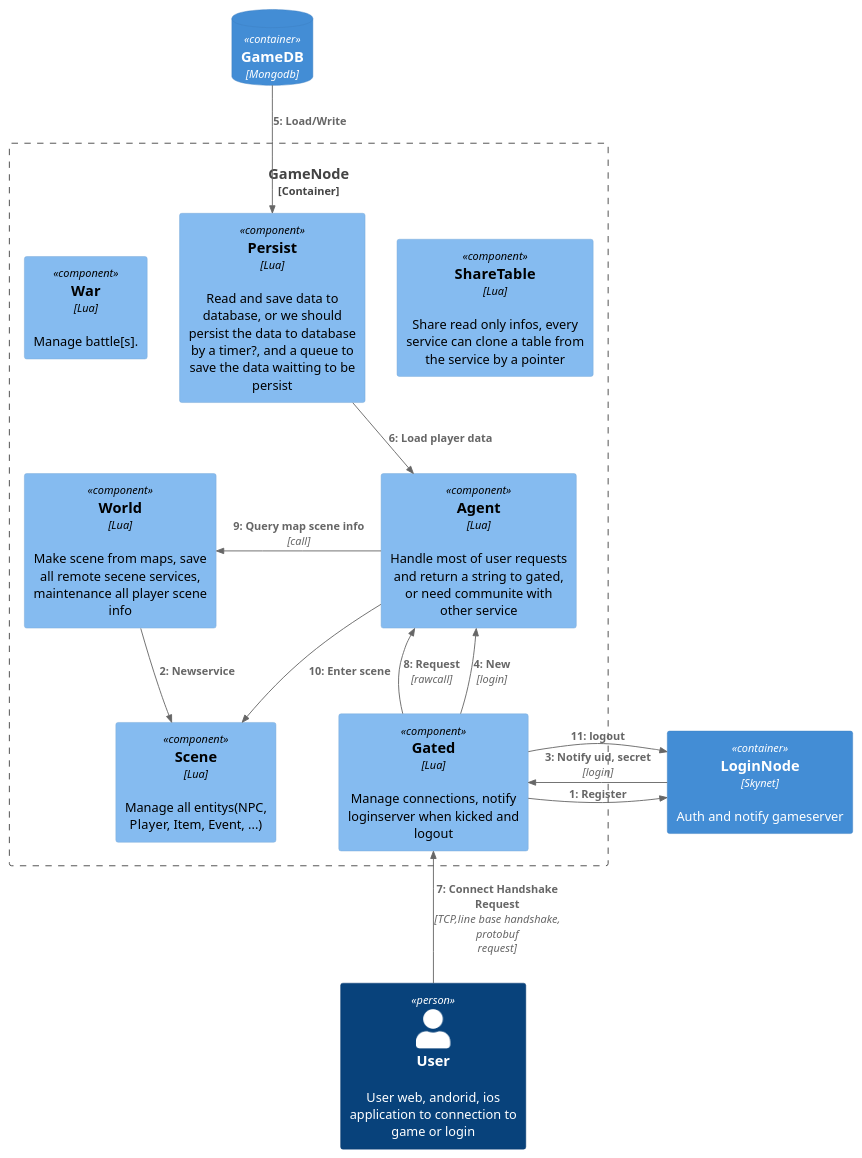
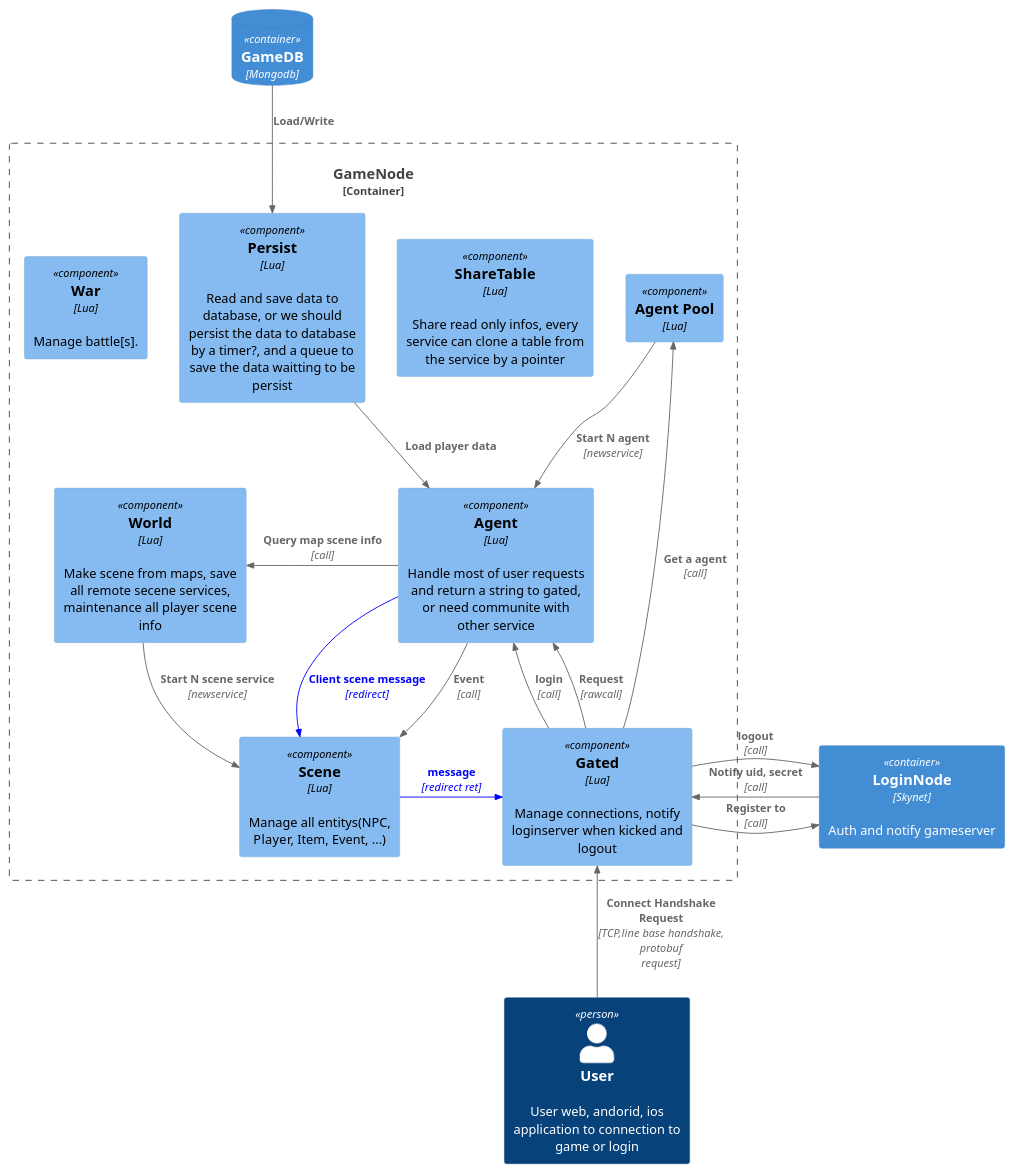
Before and after one commit to Gowa2017/skynetgame: the diagram in docs/node_game.puml, drawn with PlantUML. The commit also changed 2 other files, not shown here.

Commit message:
update puml

```diff
--- a/docs/node_game.puml
+++ b/docs/node_game.puml
@@ -1,30 +1,36 @@
 @startuml GameNode
 ' skinparam DefaultFontName WenQuanYi Zen Hei
 ' skinparam DefaultMonospacedFontName UbuntuMono-R
 !include C4_Component.puml
-!include C4_Dynamic.puml
+
+AddRelTag("redirect",$textColor="blue",$lineColor="blue")
 Person(user, "User","User web, andorid, ios application to connection to game or login")
 ContainerDb(gameDb, "GameDB", "Mongodb")
 Container(loginServer, "LoginNode", "Skynet","Auth and notify gameserver")
 Container_Boundary(gameServer, "GameNode"){
     Component(gated, "Gated", "Lua","Manage connections, notify loginserver when kicked and logout")
     Component(agent, "Agent", "Lua","Handle most of user requests and return a string to gated, or need communite with other service")
     Component(world, "World", "Lua","Make scene from maps, save all remote secene services, maintenance all player scene info")
     Component(scene, "Scene", "Lua","Manage all entitys(NPC, Player, Item, Event, ...)")
     Component(share, "ShareTable", "Lua","Share read only infos, every service can clone a table from the service by a pointer")
     Component(persist, "Persist", "Lua","Read and save data to database, or we should persist the data to database by a timer?, and a queue to save the data waitting to be persist")
+    Component(ap, "Agent Pool", "Lua")
     Component(war, "War", "Lua","Manage battle[s].")
 }
 
-Rel_R(gated,loginServer,"Register")
-Rel(world,scene,"Newservice")
-Rel_L(loginServer, gated,"Notify uid, secret","login")
-Rel_U(gated, agent,"New","login")
+Rel(world,scene,"Start N scene service","newservice")
+Rel_R(gated,loginServer,"Register to","call")
+Rel(ap, agent, "Start N agent","newservice")
+Rel_L(loginServer, gated, "Notify uid, secret","call")
+Rel_U(gated, ap, "Get a agent","call")
+Rel_U(gated, agent,"login","call")
 Rel_D(gameDb, persist,"Load/Write")
 Rel_D(persist, agent,"Load player data")
 Rel_U(user, gated,"Connect Handshake Request","TCP,line base handshake, protobuf request")
 Rel_U(gated, agent,"Request","rawcall")
 Rel_L(agent,world,"Query map scene info","call")
-Rel_D(agent,scene,"Enter scene")
-Rel_Neighbor(gated,loginServer,"logout")
+Rel_D(agent,scene,"Event","call")
+Rel_D(agent,scene,"Client scene message","redirect",$tags="redirect")
+Rel_R(scene, gated, "message","redirect ret",$tags="redirect")
+Rel_Neighbor(gated,loginServer,"logout","call")
 @enduml
```
